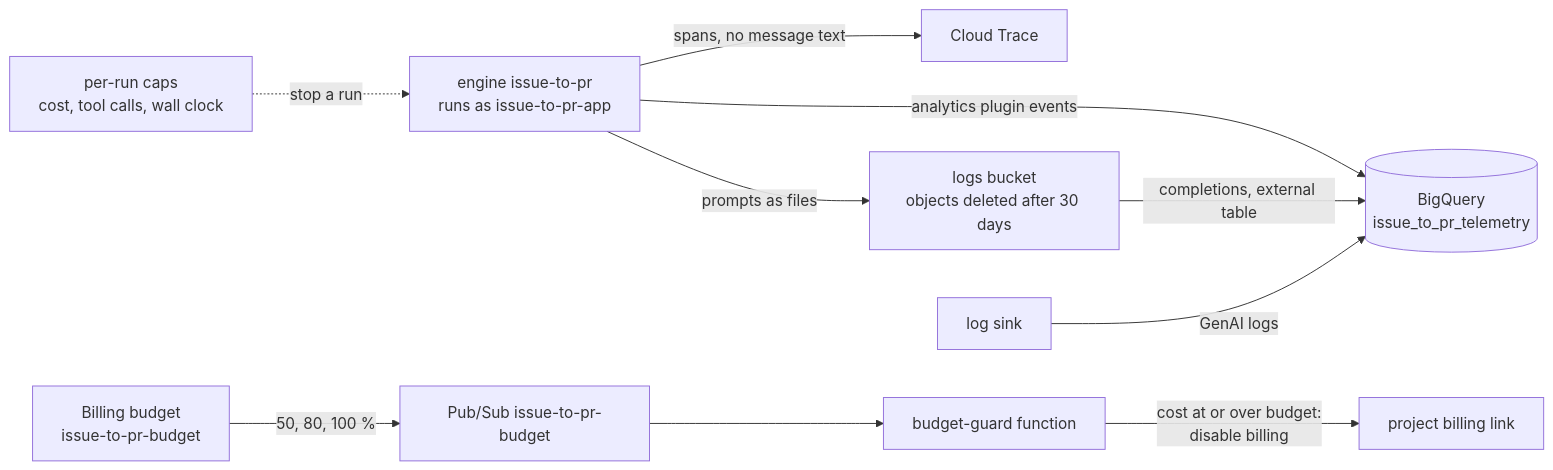
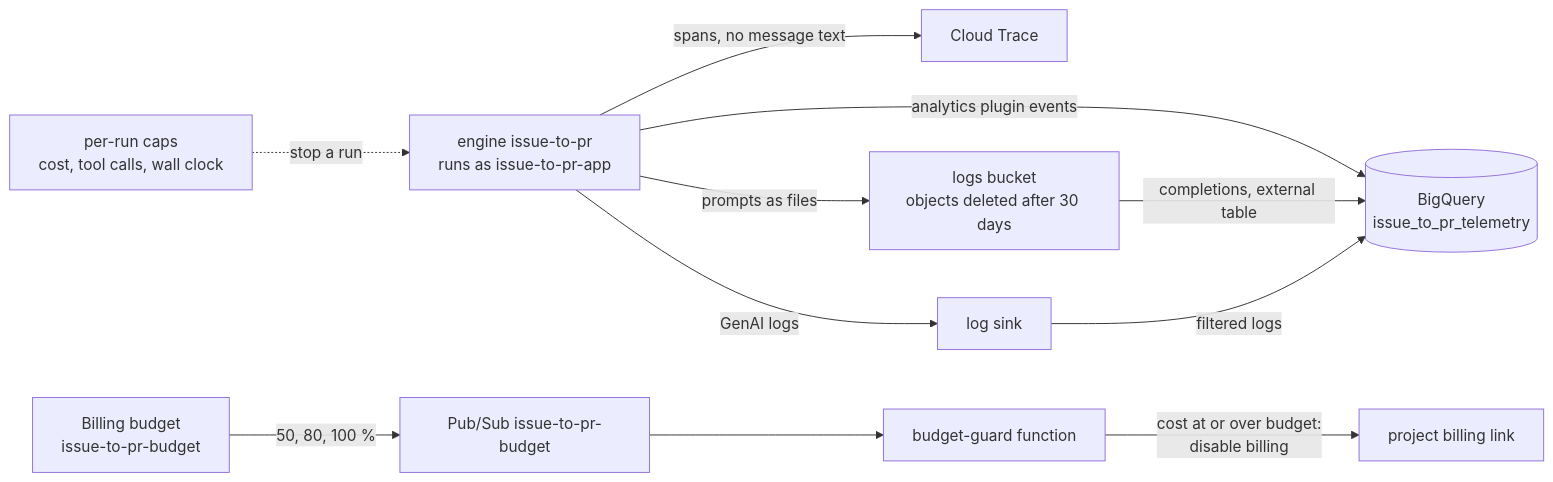
The third of 5 diagrams in docs/architecture.md (omarcevi/sdlc-agent-pipeline), drawn with Mermaid before and after one commit. The commit also changed other lines of this file and 8 other files, not shown here.

Commit message:
docs: architecture fixes: missing edges, layout, tests, no lock change

````diff
--- a/docs/architecture.md
+++ b/docs/architecture.md
@@ -56,12 +57,13 @@
 ```mermaid
 flowchart LR
     engine["engine issue-to-pr<br/>runs as issue-to-pr-app"] -->|"spans, no message text"| trace["Cloud Trace"]
+    engine -->|"GenAI logs"| sink["log sink"]
     engine -->|"prompts as files"| bucket["logs bucket<br/>objects deleted after 30 days"]
     engine -->|"analytics plugin events"| bq[("BigQuery<br/>issue_to_pr_telemetry")]
     bucket -->|"completions, external table"| bq
-    sink["log sink"] -->|"GenAI logs"| bq
+    sink -->|"filtered logs"| bq
     caps["per-run caps<br/>cost, tool calls, wall clock"] -.->|"stop a run"| engine
     budget["Billing budget<br/>issue-to-pr-budget"] -->|"50, 80, 100 %"| topic["Pub/Sub issue-to-pr-budget"]
     topic --> guard["budget-guard function"]
     guard -->|"cost at or over budget:<br/>disable billing"| billing["project billing link"]
 ```
````
